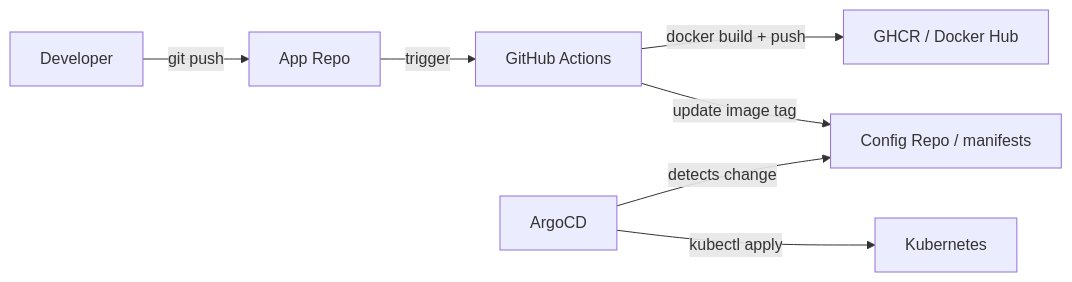
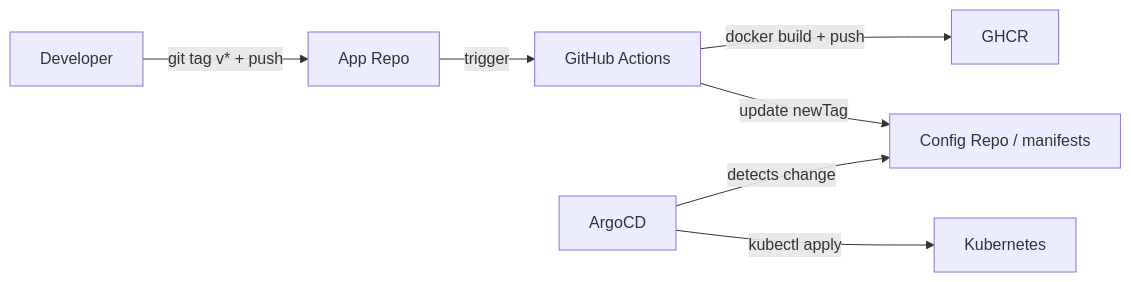
The first of 2 diagrams in docs/gitops/teoria/pipeline-end-to-end.mdx (salvamiguel/materials), drawn with Mermaid before and after one commit. The commit also changed other lines of this file and 34 other files, not shown here.

````diff
--- a/docs/gitops/teoria/pipeline-end-to-end.mdx
+++ b/docs/gitops/teoria/pipeline-end-to-end.mdx
@@ -24,9 +24,9 @@
 ```mermaid
 graph LR
-  Dev[Developer] -->|git push| AppRepo[App Repo]
+  Dev[Developer] -->|git tag v* + push| AppRepo[App Repo]
   AppRepo -->|trigger| CI[GitHub Actions]
-  CI -->|docker build + push| Registry[GHCR / Docker Hub]
-  CI -->|update image tag| ConfigRepo[Config Repo / manifests]
+  CI -->|docker build + push| Registry[GHCR]
+  CI -->|update newTag| ConfigRepo[Config Repo / manifests]
   ArgoCD[ArgoCD] -->|detects change| ConfigRepo
   ArgoCD -->|kubectl apply| K8s[Kubernetes]
 ```
````
